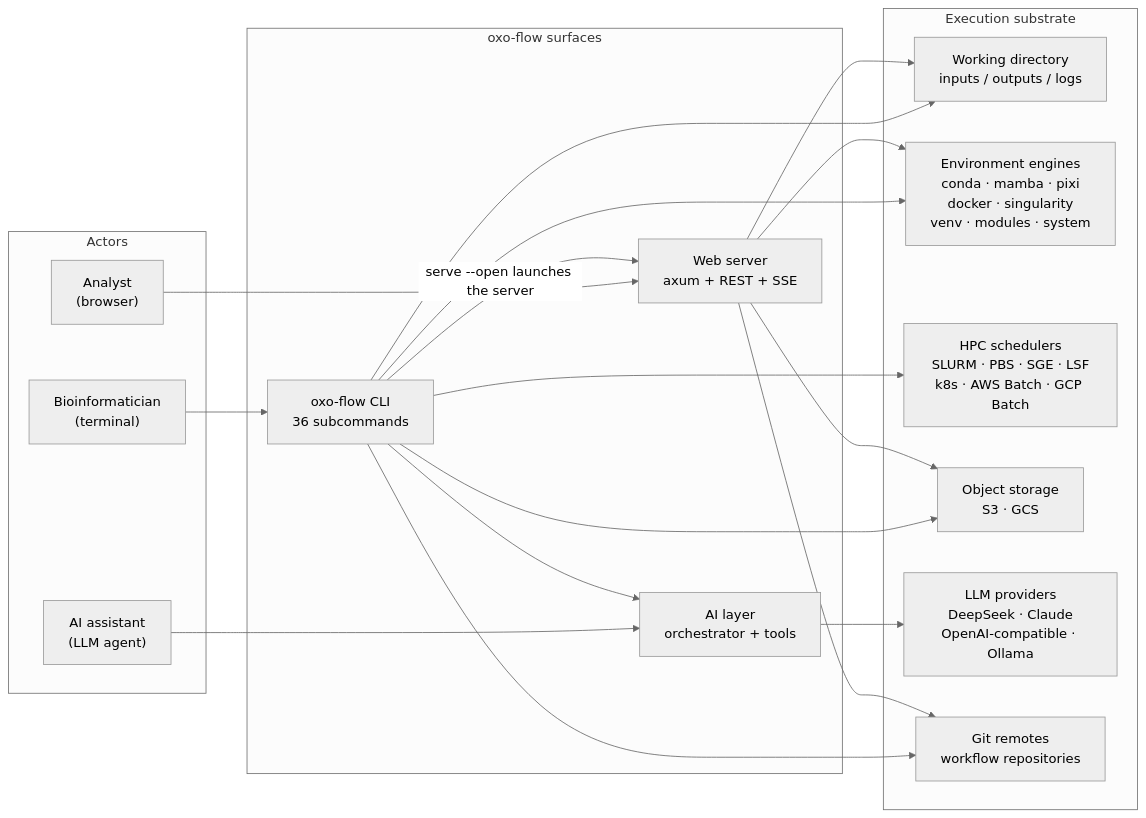
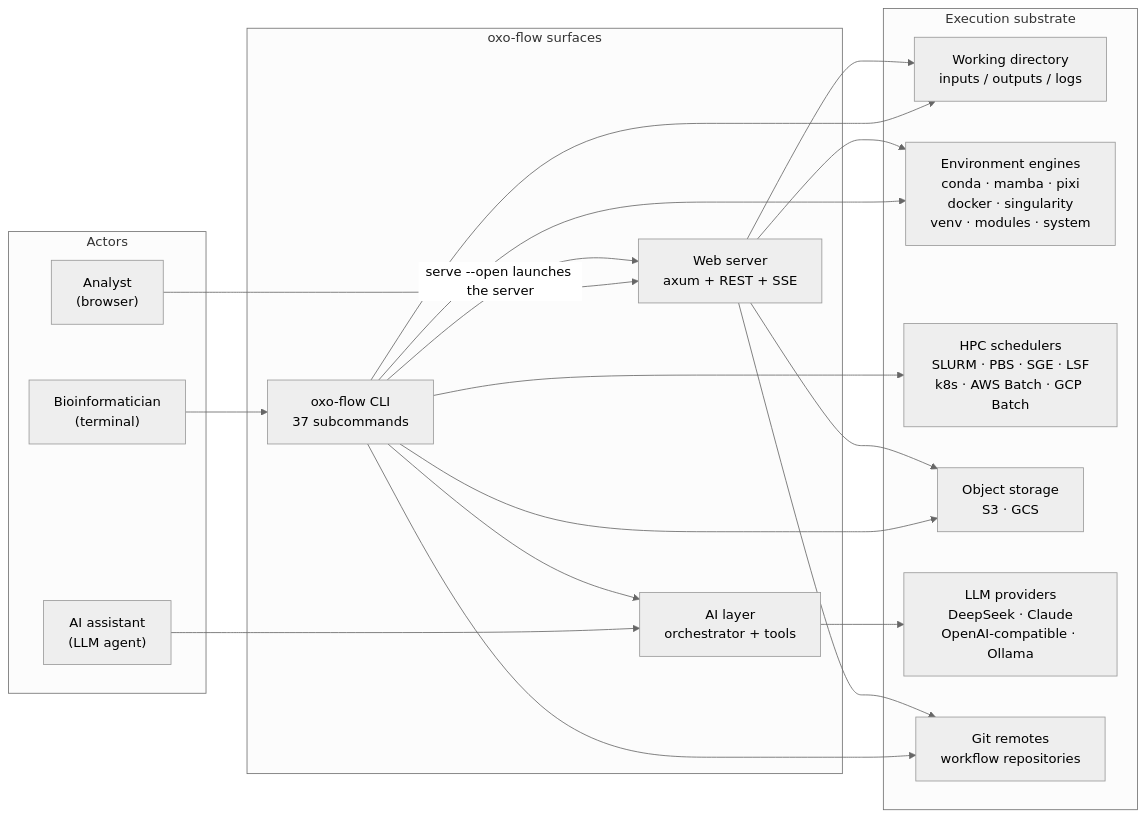
One commit to Traitome/oxo-flow changed the first of 12 diagrams in docs/guide/src/reference/architecture.md. Above: the diagram before and after it, drawn with Mermaid (neutral theme). The commit also changed other lines of this file and 15 other files, not shown here.

````diff
--- a/docs/guide/src/reference/architecture.md
+++ b/docs/guide/src/reference/architecture.md
@@ -50,40 +50,40 @@
 ```mermaid
 flowchart LR
     subgraph actors["Actors"]
         bio["Bioinformatician<br/>(terminal)"]
         webuser["Analyst<br/>(browser)"]
         agent["AI assistant<br/>(LLM agent)"]
     end
 
     subgraph surfaces["oxo-flow surfaces"]
-        cli["oxo-flow CLI<br/>36 subcommands"]
+        cli["oxo-flow CLI<br/>37 subcommands"]
         web["Web server<br/>axum + REST + SSE"]
         ai["AI layer<br/>orchestrator + tools"]
     end
 
     subgraph world["Execution substrate"]
         fs["Working directory<br/>inputs / outputs / logs"]
         env["Environment engines<br/>conda · mamba · pixi<br/>docker · singularity<br/>venv · modules · system"]
         hpc["HPC schedulers<br/>SLURM · PBS · SGE · LSF<br/>k8s · AWS Batch · GCP Batch"]
         obj["Object storage<br/>S3 · GCS"]
         llm["LLM providers<br/>DeepSeek · Claude<br/>OpenAI-compatible · Ollama"]
         git["Git remotes<br/>workflow repositories"]
     end
 
     bio --> cli
     webuser --> web
     cli -- "serve --open launches the server" --> web
     agent --> ai
     cli --> ai
 
     cli --> fs
     web --> fs
     cli --> env
     web --> env
     cli --> hpc
     cli --> obj
     web --> obj
     cli --> git
     web --> git
     ai --> llm
 ```
````
